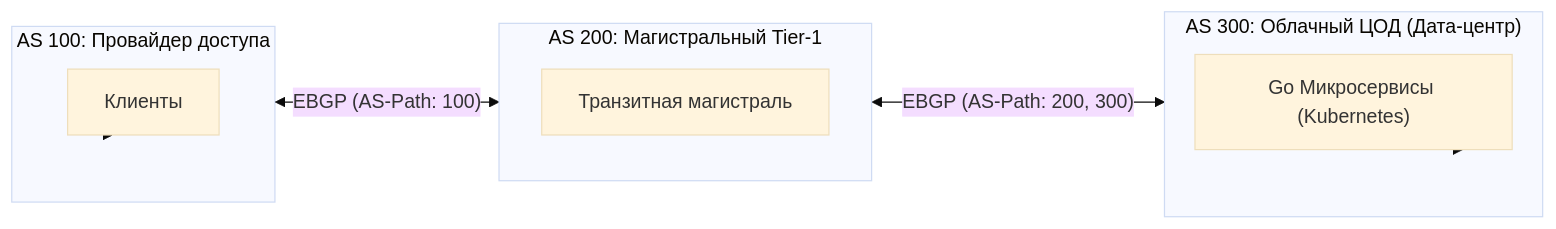
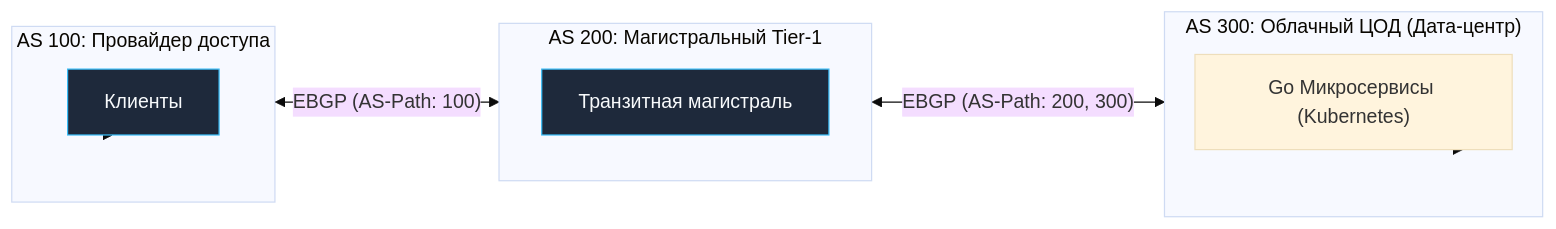
One commit to UnrealTemplier/go-textbook changed the sixth of 7 diagrams in sources/3. Компьютерные сети и сетевой стек/7. Статическая и динамическая маршрутизация. RIP, OSPF, BGP.md. Above: the diagram before and after it, drawn with Mermaid (base theme). The commit also changed other lines of this file and 1666 other files, not shown here.

First line of the commit message:
feat(mermaid): add semantic color classDef to 1369 colorless flowchart/graph diagrams

````diff
--- a/sources/3. Компьютерные сети и сетевой стек/7. Статическая и динамическая маршрутизация. RIP, OSPF, BGP.md
+++ b/sources/3. Компьютерные сети и сетевой стек/7. Статическая и динамическая маршрутизация. RIP, OSPF, BGP.md
@@ -189,19 +229,29 @@
 ```mermaid
 flowchart LR
+    classDef process  fill:#1e293b,stroke:#38bdf8,stroke-width:1px,color:#f8fafc
+    classDef success  fill:#064e3b,stroke:#34d399,stroke-width:1px,color:#f8fafc
+    classDef error    fill:#7f1d1d,stroke:#f87171,stroke-width:1px,color:#f8fafc
+    classDef warning  fill:#78350f,stroke:#fbbf24,stroke-width:1px,color:#f8fafc
+    classDef entry    fill:#1e3a5f,stroke:#38bdf8,stroke-width:2px,color:#f8fafc
+    classDef aux      fill:#334155,stroke:#64748b,stroke-width:1px,color:#f8fafc
+    classDef system   fill:#312e81,stroke:#a78bfa,stroke-width:1px,color:#f8fafc
+    classDef data     fill:#132d29,stroke:#2dd4bf,stroke-width:1px,color:#f8fafc
+    classDef network  fill:#881337,stroke:#fb7185,stroke-width:1px,color:#f8fafc
+    classDef accent   fill:#1e1b4b,stroke:#818cf8,stroke-width:1px,color:#f8fafc
     subgraph AS100 ["AS 100: Провайдер доступа"]
-        User["Клиенты"]
+        User["Клиенты"]:::process
     end
 
     subgraph AS200 ["AS 200: Магистральный Tier-1"]
-        Transit["Транзитная магистраль"]
+        Transit["Транзитная магистраль"]:::process
     end
 
     subgraph AS300 ["AS 300: Облачный ЦОД (Дата-центр)"]
         GoServer["Go Микросервисы (Kubernetes)"]
     end
 
     User --> AS100
     AS100 <-->|"EBGP (AS-Path: 100)"| AS200
     AS200 <-->|"EBGP (AS-Path: 200, 300)"| AS300
     AS300 --> GoServer
 ```
````
